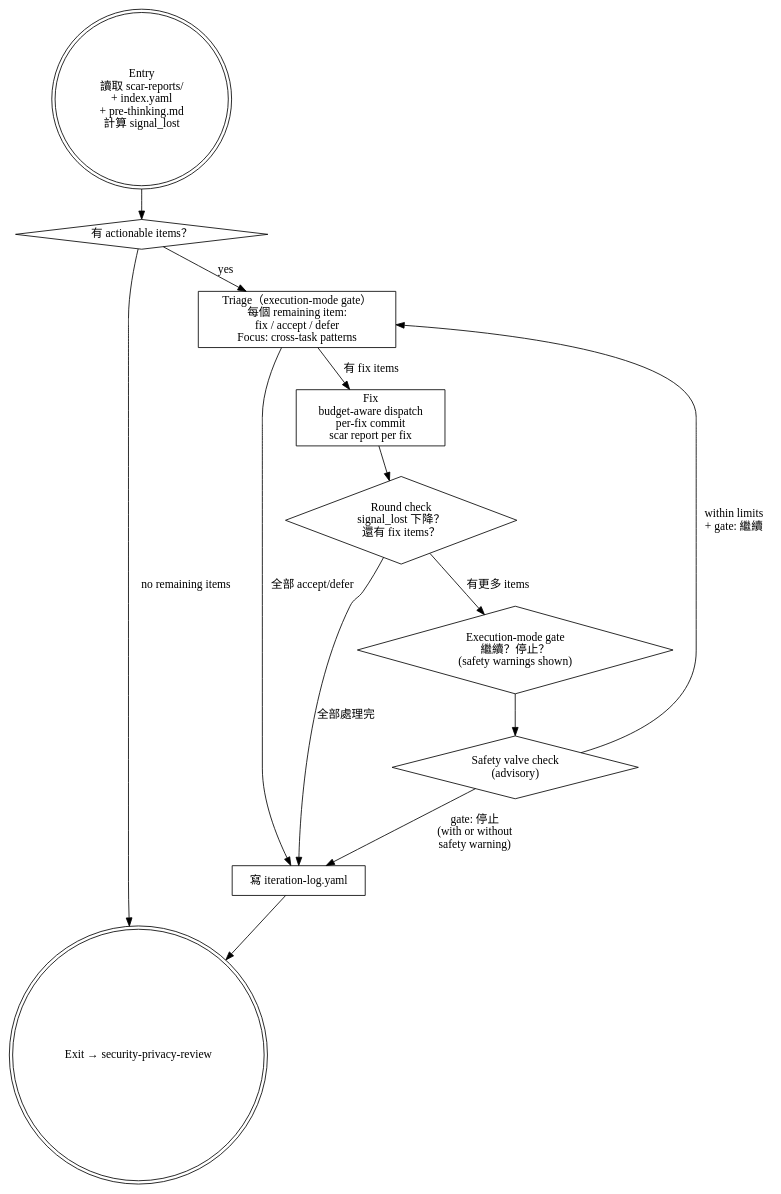
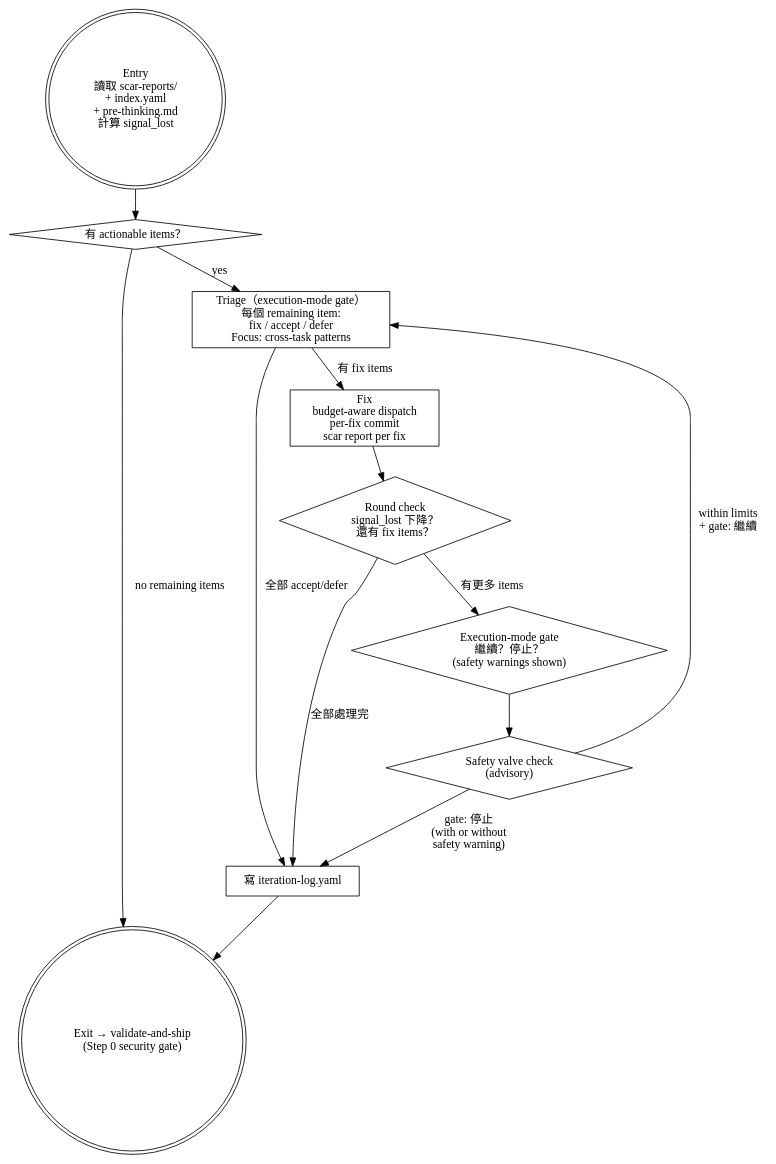
One commit to roymondliao/samsara changed the diagram in skills/iteration/SKILL.md. Above: the diagram before and after it, drawn with Graphviz. The commit also changed other lines of this file and 55 other files, not shown here.

````diff
--- a/skills/iteration/SKILL.md
+++ b/skills/iteration/SKILL.md
@@ -21,28 +34,28 @@
 ```dot
 digraph iteration {
     node [shape=box];
 
     entry [label="Entry\n讀取 scar-reports/\n+ index.yaml\n+ pre-thinking.md\n計算 signal_lost" shape=doublecircle];
     empty [label="有 actionable items？" shape=diamond];
     triage [label="Triage（execution-mode gate）\n每個 remaining item:\nfix / accept / defer\nFocus: cross-task patterns"];
     fix [label="Fix\nbudget-aware dispatch\nper-fix commit\nscar report per fix"];
     round_check [label="Round check\nsignal_lost 下降？\n還有 fix items？" shape=diamond];
     safety [label="Safety valve check\n(advisory)" shape=diamond];
     gate [label="Execution-mode gate\n繼續？停止？\n(safety warnings shown)" shape=diamond];
     log [label="寫 iteration-log.yaml"];
-    exit [label="Exit → security-privacy-review" shape=doublecircle];
+    exit [label="Exit → validate-and-ship\n(Step 0 security gate)" shape=doublecircle];
 
     entry -> empty;
     empty -> triage [label="yes"];
     empty -> exit [label="no remaining items"];
     triage -> fix [label="有 fix items"];
     triage -> log [label="全部 accept/defer"];
     fix -> round_check;
     round_check -> gate [label="有更多 items"];
     round_check -> log [label="全部處理完"];
     gate -> safety;
     safety -> triage [label="within limits\n+ gate: 繼續"];
     safety -> log [label="gate: 停止\n(with or without\nsafety warning)"];
     log -> exit;
 }
 ```
````
